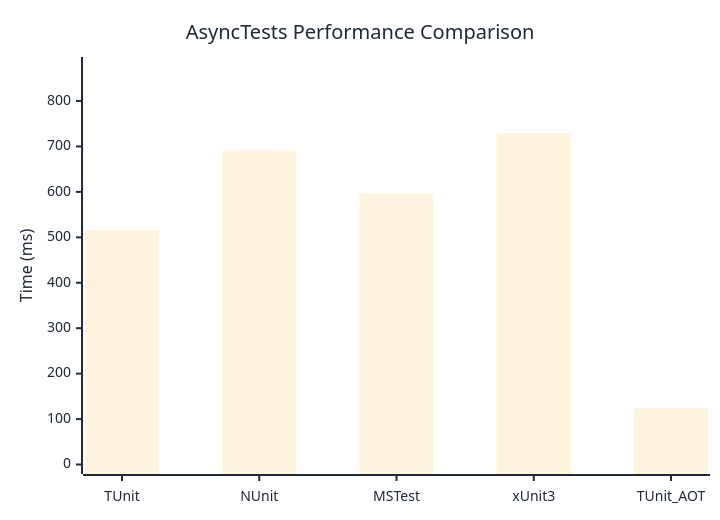
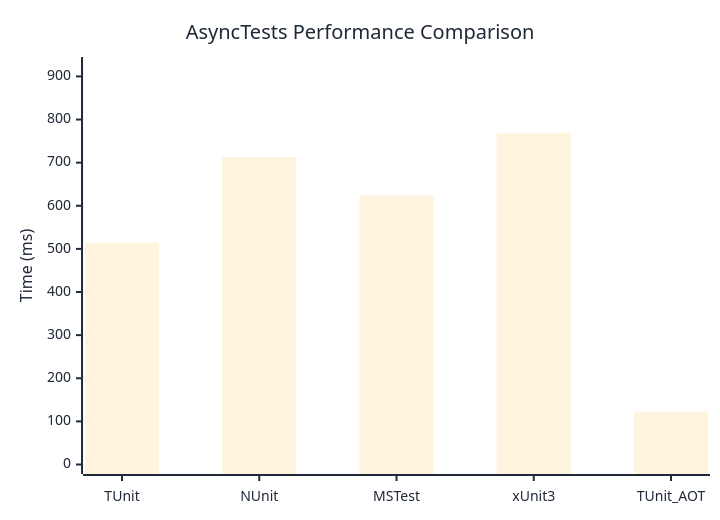
One commit to thomhurst/TUnit changed the diagram in docs/docs/benchmarks/AsyncTests.md. Above: the diagram before and after it, drawn with Mermaid. The commit also changed other lines of this file and 17 other files, not shown here.

````diff
--- a/docs/docs/benchmarks/AsyncTests.md
+++ b/docs/docs/benchmarks/AsyncTests.md
@@ -27,37 +27,37 @@
 ```mermaid
 %%{init: {
   'theme':'base',
   'themeVariables': {
     'primaryColor': '#2563eb',
     'primaryTextColor': '#1f2937',
     'primaryBorderColor': '#1e40af',
     'lineColor': '#6b7280',
     'secondaryColor': '#7c3aed',
     'tertiaryColor': '#dc2626',
     'background': '#ffffff',
     'mainBkg': '#2563eb',
     'secondBkg': '#7c3aed',
     'tertiaryBkg': '#dc2626',
     'clusterBkg': '#f3f4f6',
     'edgeLabelBackground': '#ffffff',
     'tertiaryTextColor': '#1f2937',
     'pie1': '#2563eb',
     'pie2': '#7c3aed',
     'pie3': '#dc2626',
     'pie4': '#f59e0b',
     'pie5': '#10b981',
     'pie6': '#06b6d4',
     'pie7': '#ec4899',
     'pie8': '#6366f1',
     'pie9': '#84cc16',
     'pie10': '#f97316',
     'pie11': '#14b8a6',
     'pie12': '#a855f7'
   }
 }}%%
 xychart-beta
   title "AsyncTests Performance Comparison"
   x-axis ["TUnit", "NUnit", "MSTest", "xUnit3", "TUnit_AOT"]
-  y-axis "Time (ms)" 0 --> 876
-  bar [516.1, 691.2, 596, 729.8, 123.1]
+  y-axis "Time (ms)" 0 --> 923
+  bar [513.2, 713.3, 624.1, 769.1, 122.7]
 ```
````
